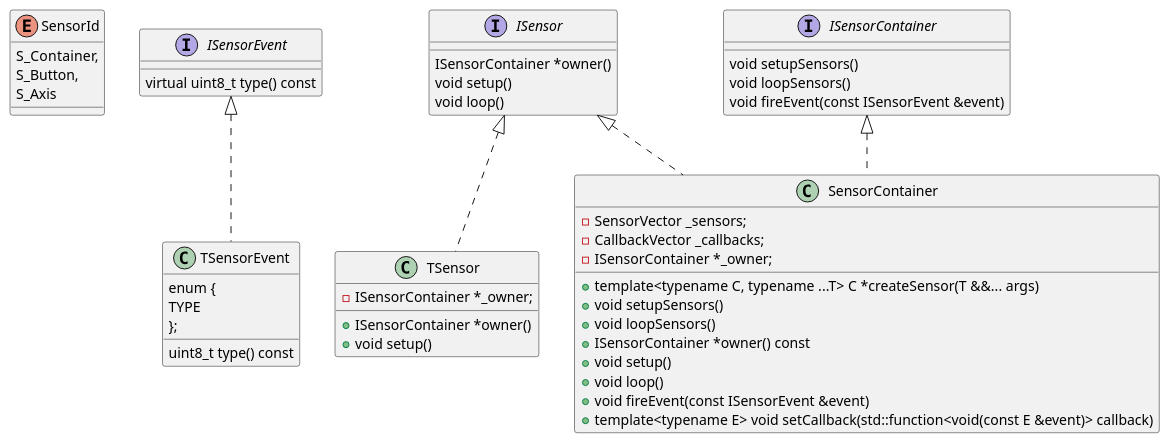
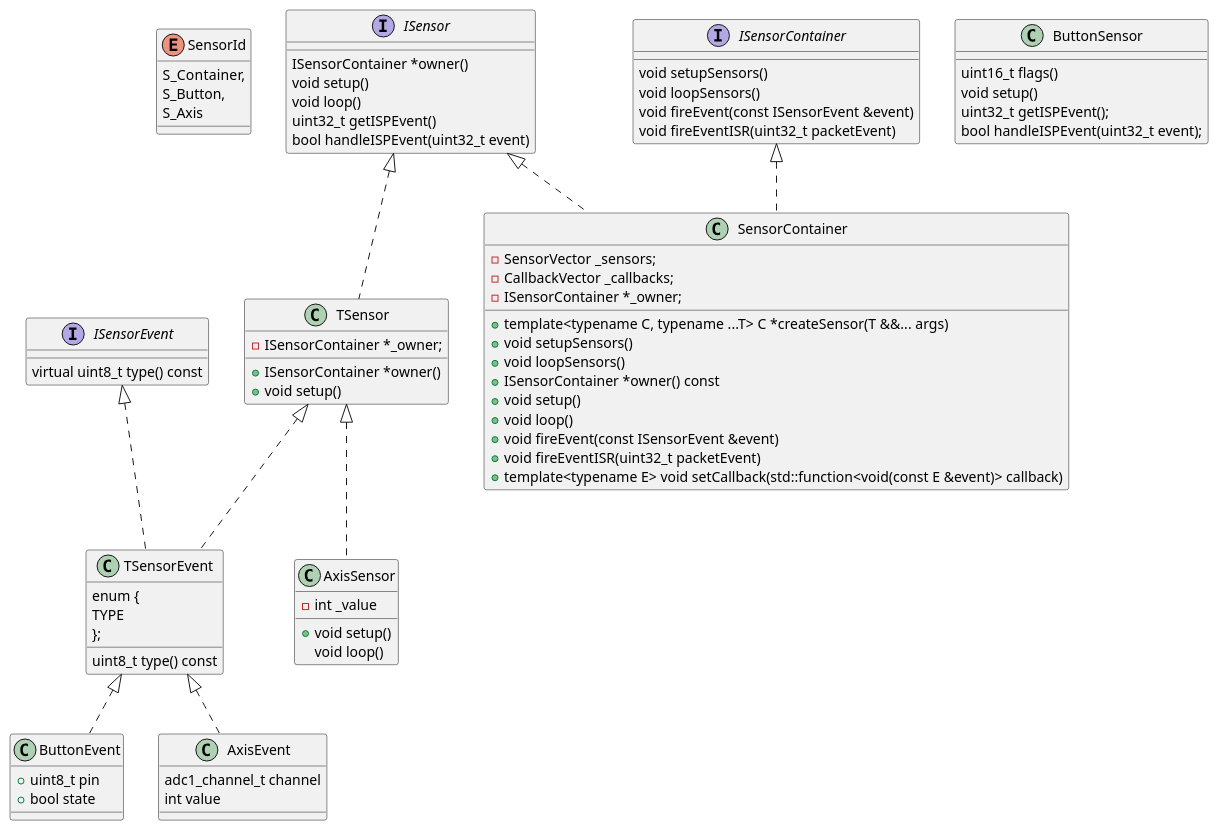
One commit to darvik80/esp32-core changed the diagram in puml/Sensor.puml. Above: the diagram before and after it, drawn with PlantUML. The commit also changed 3 other files, not shown here.

```diff
--- a/puml/Sensor.puml
+++ b/puml/Sensor.puml
@@ -1,61 +1,98 @@
 @startuml
 'https://plantuml.com/class-diagram
 
 enum SensorId {
     S_Container,
     S_Button,
     S_Axis
 }
 
 interface ISensorEvent {
     virtual uint8_t type() const
 }
 
 interface ISensor {
     ISensorContainer *owner()
     void setup()
     void loop()
+    uint32_t getISPEvent()
+    bool handleISPEvent(uint32_t event)
 }
 
 interface ISensorContainer {
     void setupSensors()
     void loopSensors()
     void fireEvent(const ISensorEvent &event)
+    void fireEventISR(uint32_t packetEvent)
 }
 
 class TSensorEvent {
     enum {
         TYPE
     };
 
     uint8_t type() const
 }
 
 ISensorEvent <|.. TSensorEvent
 
 class TSensor {
     -ISensorContainer *_owner;
     +ISensorContainer *owner()
     +void setup()
 }
 
 ISensor <|.. TSensor
 
 class SensorContainer {
     -SensorVector _sensors;
     -CallbackVector _callbacks;
     -ISensorContainer *_owner;
     +template<typename C, typename ...T> C *createSensor(T &&... args)
     +void setupSensors()
     +void loopSensors()
     +ISensorContainer *owner() const
     +void setup()
     +void loop()
     +void fireEvent(const ISensorEvent &event)
+    +void fireEventISR(uint32_t packetEvent)
     +template<typename E> void setCallback(std::function<void(const E &event)> callback)
 }
 
 
 ISensor <|.. SensorContainer
 ISensorContainer <|.. SensorContainer
+
+
+class ButtonEvent {
+    +uint8_t pin
+    +bool state
+}
+
+TSensorEvent <|.. ButtonEvent
+
+class ButtonSensor  {
+    uint16_t flags()
+    void setup()
+    uint32_t getISPEvent();
+    bool handleISPEvent(uint32_t event);
+}
+
+TSensor <|.. TSensorEvent
+
+class AxisEvent {
+    adc1_channel_t channel
+    int value
+}
+
+TSensorEvent <|.. AxisEvent
+
+class AxisSensor {
+    -int _value
+    +void setup()
+    void loop()
+}
+
+TSensor <|.. AxisSensor
+
 @enduml
```
